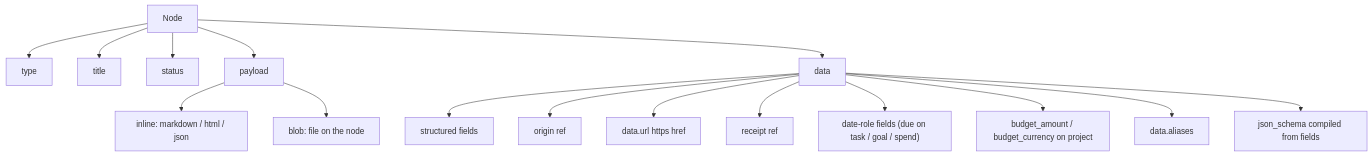
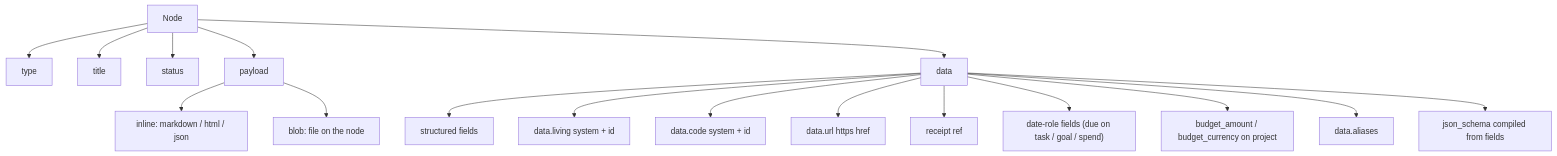
Before and after one commit to dgraziosi/foundation: the third of 11 diagrams in docs/ARCHITECTURE.md, drawn with Mermaid. The commit also changed other lines of this file and 15 other files, not shown here.

First line of the commit message:
Rename vault identity to living and code pointers

````diff
--- a/docs/ARCHITECTURE.md
+++ b/docs/ARCHITECTURE.md
@@ -64,21 +64,22 @@
 ```mermaid
 flowchart TB
   node_box["Node"]
   node_box --> node_type["type"]
   node_box --> node_title["title"]
   node_box --> node_status["status"]
   node_box --> node_payload["payload"]
   node_box --> node_data["data"]
 
   node_payload --> inline["inline: markdown / html / json"]
   node_payload --> blob_on_node["blob: file on the node"]
 
   node_data --> structured["structured fields"]
-  node_data --> origin["origin ref"]
+  node_data --> living["data.living system + id"]
+  node_data --> code["data.code system + id"]
   node_data --> url["data.url https href"]
   node_data --> receipt["receipt ref"]
   node_data --> due["date-role fields (due on task / goal / spend)"]
   node_data --> budget["budget_amount / budget_currency on project"]
   node_data --> aliases["data.aliases"]
   node_data --> schema["json_schema compiled from fields"]
 ```
````
